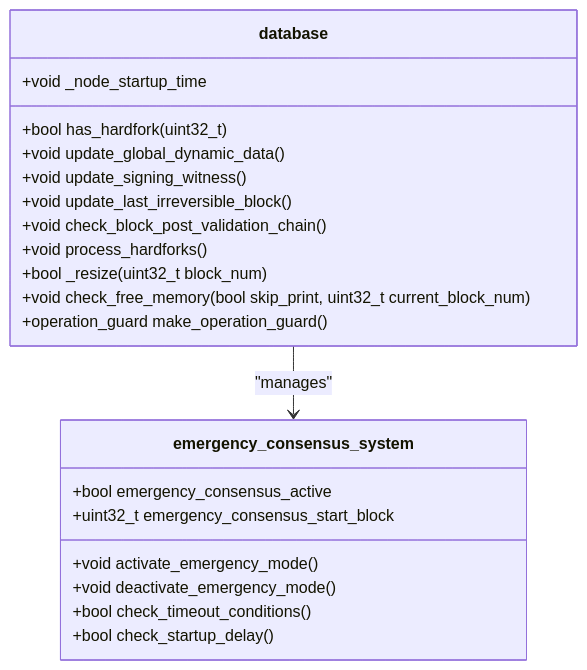
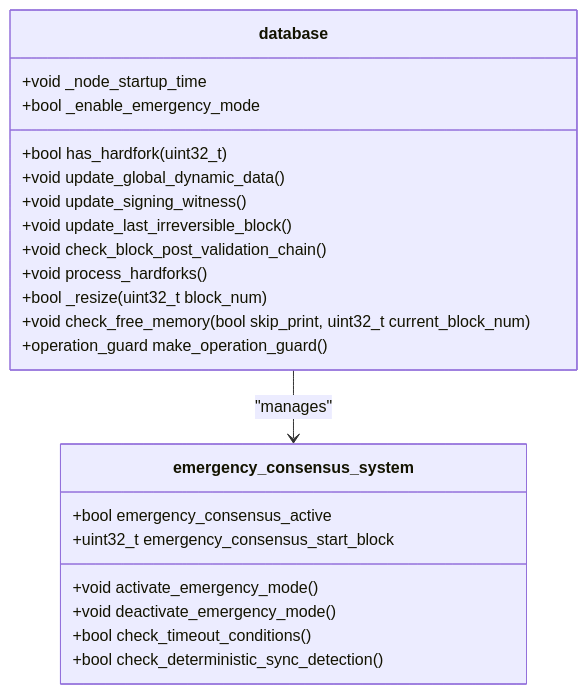
The eighth of 8 diagrams in .qoder/repowiki/en/content/Core Libraries/Emergency Consensus System.md (VIZ-Blockchain/viz-cpp-node), drawn with Mermaid before and after one commit. The commit also changed other lines of this file and 5 other files, not shown here.

````diff
--- a/.qoder/repowiki/en/content/Core Libraries/Emergency Consensus System.md
+++ b/.qoder/repowiki/en/content/Core Libraries/Emergency Consensus System.md
@@ -482,24 +488,25 @@
 ```mermaid
 classDiagram
 class database {
 +bool has_hardfork(uint32_t)
 +void update_global_dynamic_data()
 +void update_signing_witness()
 +void update_last_irreversible_block()
 +void check_block_post_validation_chain()
 +void process_hardforks()
 +bool _resize(uint32_t block_num)
 +void check_free_memory(bool skip_print, uint32_t current_block_num)
 +operation_guard make_operation_guard()
 +void _node_startup_time
++bool _enable_emergency_mode
 }
 class emergency_consensus_system {
 +bool emergency_consensus_active
 +uint32_t emergency_consensus_start_block
 +void activate_emergency_mode()
 +void deactivate_emergency_mode()
 +bool check_timeout_conditions()
-+bool check_startup_delay()
++bool check_deterministic_sync_detection()
 }
 database --> emergency_consensus_system : "manages"
 ```
````
